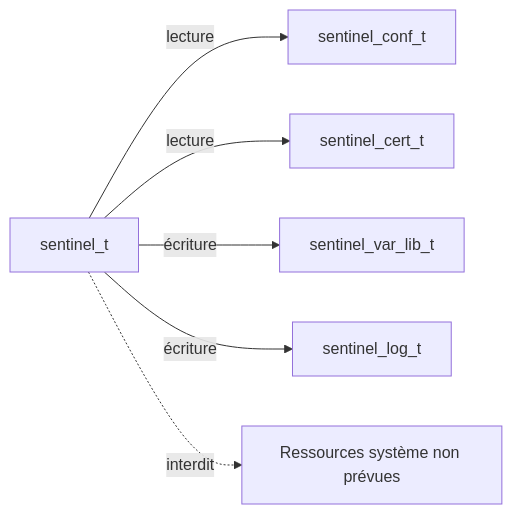
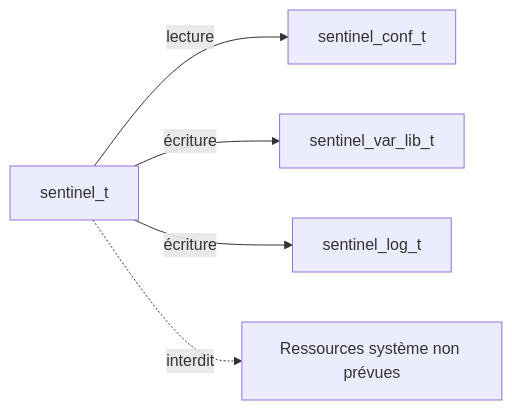
The first of 2 diagrams in sentinel/docs/campagne_06/6.6-securiser-sentinel-selinux.md (tdelaclos/formations), drawn with Mermaid before and after one commit. The commit also changed other lines of this file and 13 other files, not shown here.

````diff
--- a/sentinel/docs/campagne_06/6.6-securiser-sentinel-selinux.md
+++ b/sentinel/docs/campagne_06/6.6-securiser-sentinel-selinux.md
@@ -86,8 +83,7 @@
 ```mermaid
 flowchart LR
     Sentinel["sentinel_t"] -->|lecture| Config["sentinel_conf_t"]
-    Sentinel -->|lecture| Cert["sentinel_cert_t"]
     Sentinel -->|écriture| Data["sentinel_var_lib_t"]
     Sentinel -->|écriture| Logs["sentinel_log_t"]
     Sentinel -.->|interdit| Secrets["Ressources système non prévues"]
 ```
````
